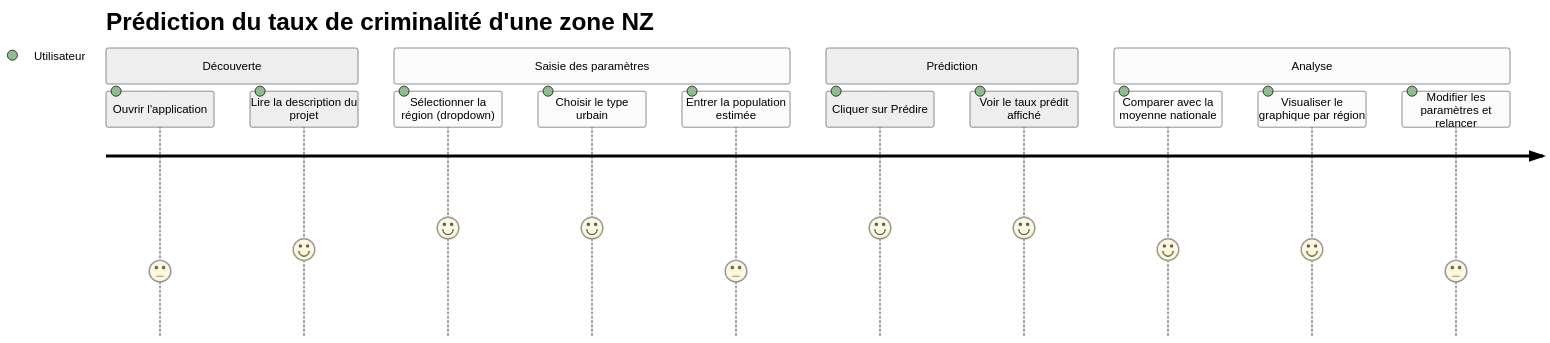
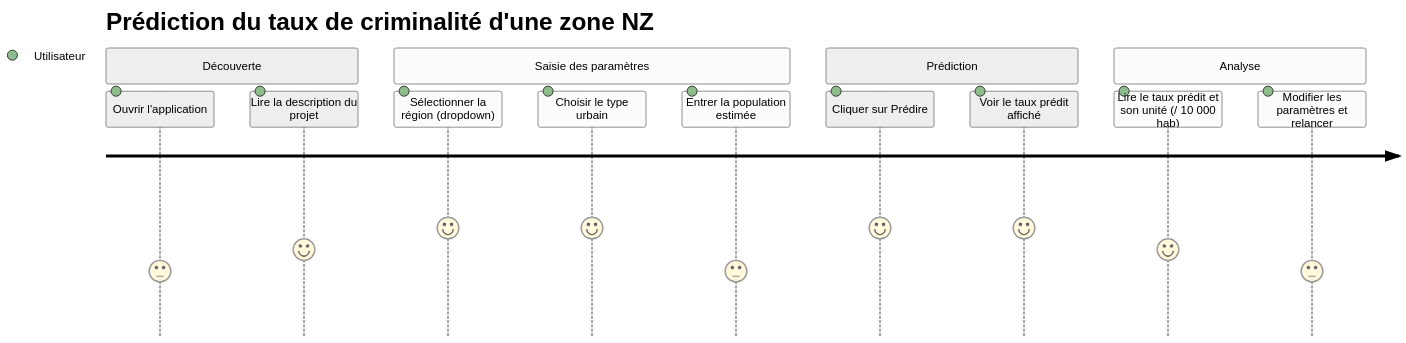
Before and after one commit to Jeremie-pires/big-data-projet: the diagram in docs/user-journey.md, drawn with Mermaid (neutral theme). The commit also changed other lines of this file and 5 other files, not shown here.

````diff
--- a/docs/user-journey.md
+++ b/docs/user-journey.md
@@ -5,18 +5,17 @@
 ```mermaid
 journey
     title Prédiction du taux de criminalité d'une zone NZ
     section Découverte
       Ouvrir l'application: 3: Utilisateur
       Lire la description du projet: 4: Utilisateur
     section Saisie des paramètres
       Sélectionner la région (dropdown): 5: Utilisateur
       Choisir le type urbain: 5: Utilisateur
       Entrer la population estimée: 3: Utilisateur
     section Prédiction
       Cliquer sur Prédire: 5: Utilisateur
       Voir le taux prédit affiché: 5: Utilisateur
     section Analyse
-      Comparer avec la moyenne nationale: 4: Utilisateur
-      Visualiser le graphique par région: 4: Utilisateur
+      Lire le taux prédit et son unité (/ 10 000 hab): 4: Utilisateur
       Modifier les paramètres et relancer: 3: Utilisateur
 ```
````
